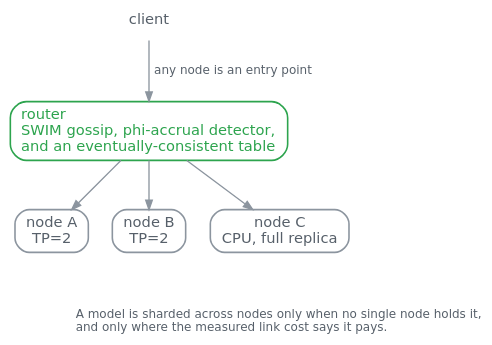
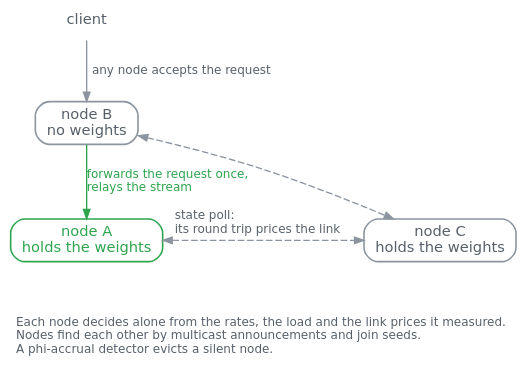
One commit to loken-ai/loken changed the diagram in docs/img/cluster-topology.dot. Above: the diagram before and after it, drawn with Graphviz. The commit also changed 3 other files, not shown here.

```diff
--- a/docs/img/cluster-topology.dot
+++ b/docs/img/cluster-topology.dot
@@ -1,27 +1,26 @@
 // Rendered by scripts/figures.py. Colours are mid-tones chosen to read on a white page and on
 // a dark one, since a figure inherits whatever background the reader brought.
 digraph cluster {
   rankdir=TB;
   bgcolor="transparent";
   node [fontname="DejaVu Sans, Liberation Sans, Helvetica, Arial, sans-serif", fontsize=11, shape=box, style=rounded,
         color="#8c959f", fontcolor="#57606a", penwidth=1.2, height=.42];
   edge [color="#8c959f", fontname="DejaVu Sans, Liberation Sans, Helvetica, Arial, sans-serif", fontsize=9,
         fontcolor="#57606a", arrowsize=.7];
 
   client [label="client", shape=plaintext, fontcolor="#57606a"];
-  router [label="router\lSWIM gossip, phi-accrual detector,\land an eventually-consistent table\l",
-          color="#2da44e", fontcolor="#2da44e"];
 
-  a [label="node A\nTP=2"];
-  b [label="node B\nTP=2"];
-  c [label="node C\nCPU, full replica"];
+  a [label="node A\nholds the weights", color="#2da44e", fontcolor="#2da44e"];
+  b [label="node B\nno weights"];
+  c [label="node C\nholds the weights"];
 
-  client -> router [label=" any node is an entry point "];
-  router -> a;
-  router -> b;
-  router -> c;
+  client -> b [label=" any node accepts the request "];
+  b -> a [label=" forwards the request once,\l relays the stream \l", color="#2da44e", fontcolor="#2da44e"];
+  a -> c [dir=both, style=dashed, constraint=false, label=" state poll:\l its round trip prices the link \l"];
+  b -> c [dir=both, style=dashed, constraint=false];
 
   note [shape=plaintext, fontsize=9, fontcolor="#57606a",
-        label="A model is sharded across nodes only when no single node holds it,\land only where the measured link cost says it pays.\l"];
+        label="Each node decides alone from the rates, the load and the link prices it measured.\lNodes find each other by multicast announcements and join seeds.\lA phi-accrual detector evicts a silent node.\l"];
   c -> note [style=invis];
+  a -> note [style=invis];
 }
```
